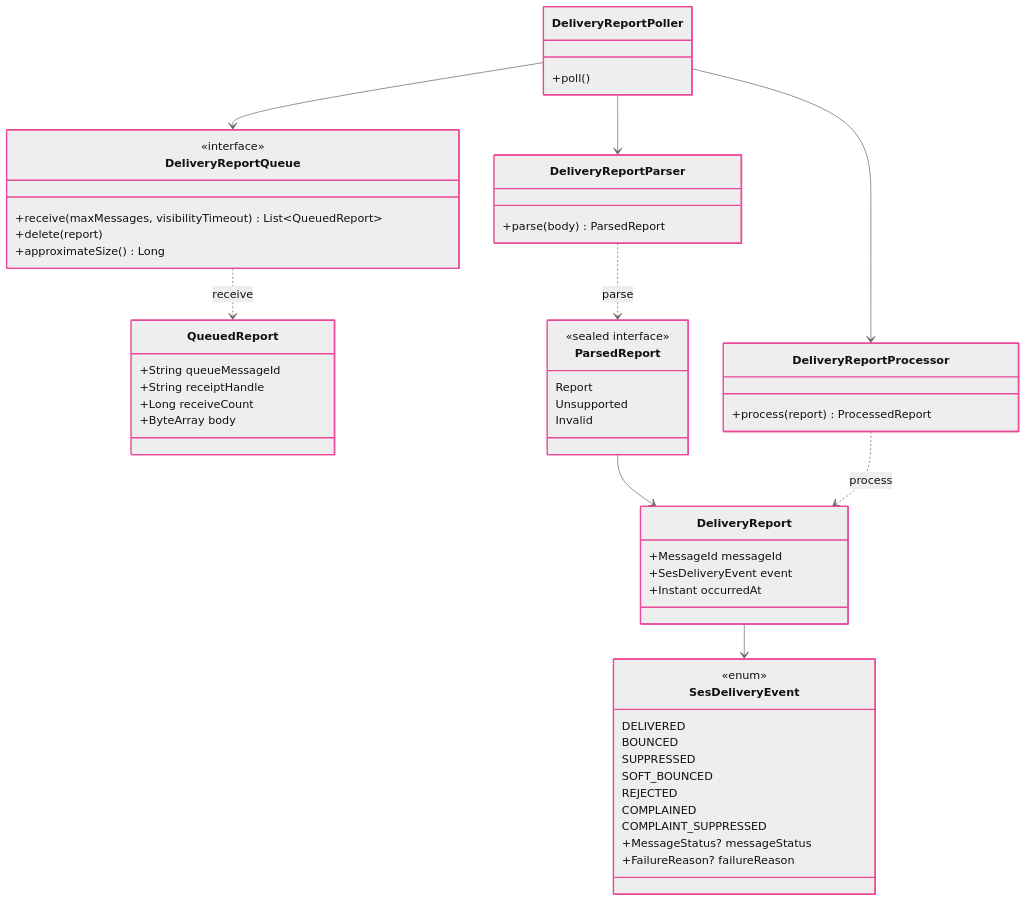
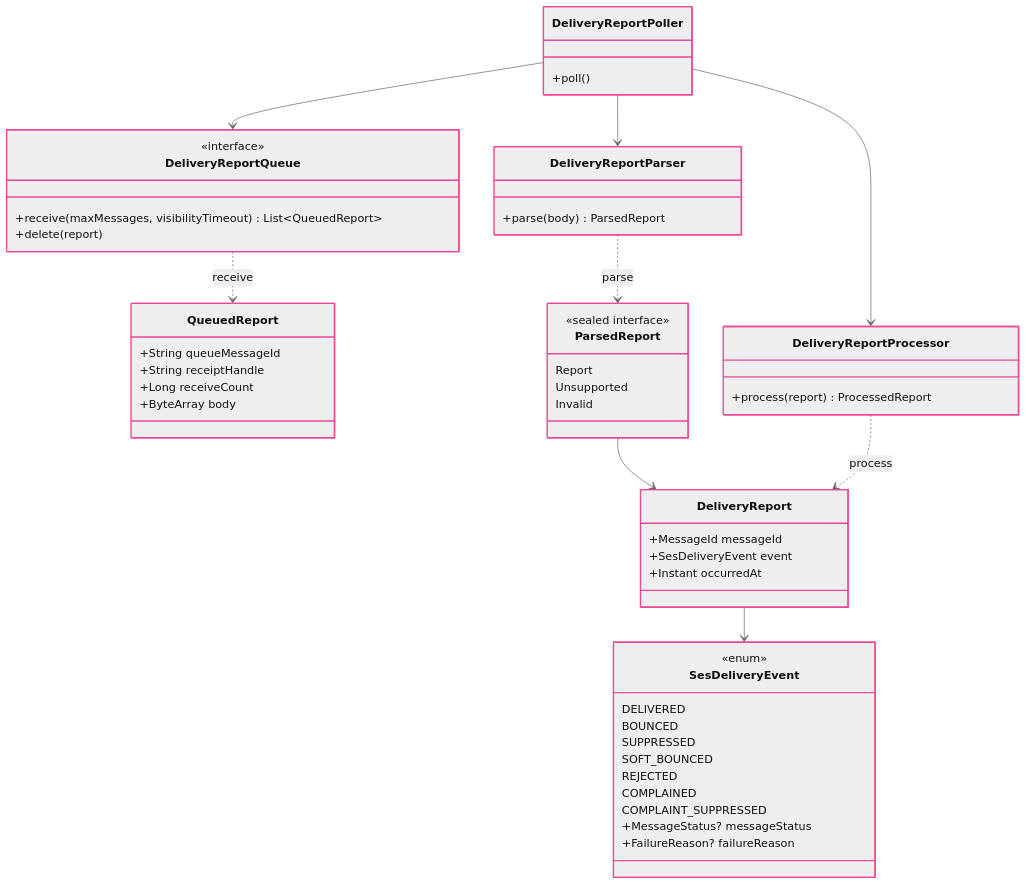
One commit to FINTLabs/fint-communication-service changed the sixth of 16 diagrams in docs/architecture.md. Above: the diagram before and after it, drawn with Mermaid (neutral theme). The commit also changed other lines of this file and 16 other files, not shown here.

````diff
--- a/docs/architecture.md
+++ b/docs/architecture.md
@@ -451,65 +450,64 @@
 ```mermaid
 classDiagram
     class DeliveryReportPoller {
         +poll()
     }
     class DeliveryReportQueue {
         <<interface>>
         +receive(maxMessages, visibilityTimeout) List~QueuedReport~
         +delete(report)
-        +approximateSize() Long
     }
     class QueuedReport {
         +String queueMessageId
         +String receiptHandle
         +Long receiveCount
         +ByteArray body
     }
     class DeliveryReportParser {
         +parse(body) ParsedReport
     }
     class ParsedReport {
         <<sealed interface>>
         Report
         Unsupported
         Invalid
     }
     class DeliveryReport {
         +MessageId messageId
         +SesDeliveryEvent event
         +Instant occurredAt
     }
     class SesDeliveryEvent {
         <<enum>>
         DELIVERED
         BOUNCED
         SUPPRESSED
         SOFT_BOUNCED
         REJECTED
         COMPLAINED
         COMPLAINT_SUPPRESSED
         +MessageStatus? messageStatus
         +FailureReason? failureReason
     }
     class DeliveryReportProcessor {
         +process(report) ProcessedReport
     }
 
     DeliveryReportPoller --> DeliveryReportQueue
     DeliveryReportPoller --> DeliveryReportParser
     DeliveryReportPoller --> DeliveryReportProcessor
     DeliveryReportQueue ..> QueuedReport : receive
     DeliveryReportParser ..> ParsedReport : parse
     ParsedReport --> DeliveryReport
     DeliveryReport --> SesDeliveryEvent
     DeliveryReportProcessor ..> DeliveryReport : process
 
     style DeliveryReportPoller stroke:#EC4899,stroke-width:2px
     style DeliveryReportQueue stroke:#EC4899,stroke-width:2px
     style QueuedReport stroke:#EC4899,stroke-width:2px
     style DeliveryReportParser stroke:#EC4899,stroke-width:2px
     style ParsedReport stroke:#EC4899,stroke-width:2px
     style DeliveryReport stroke:#EC4899,stroke-width:2px
     style SesDeliveryEvent stroke:#EC4899,stroke-width:2px
     style DeliveryReportProcessor stroke:#EC4899,stroke-width:2px
 ```
````
